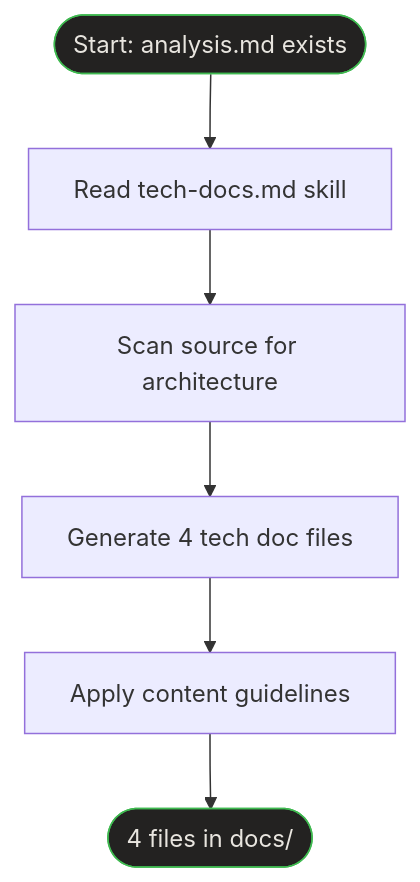
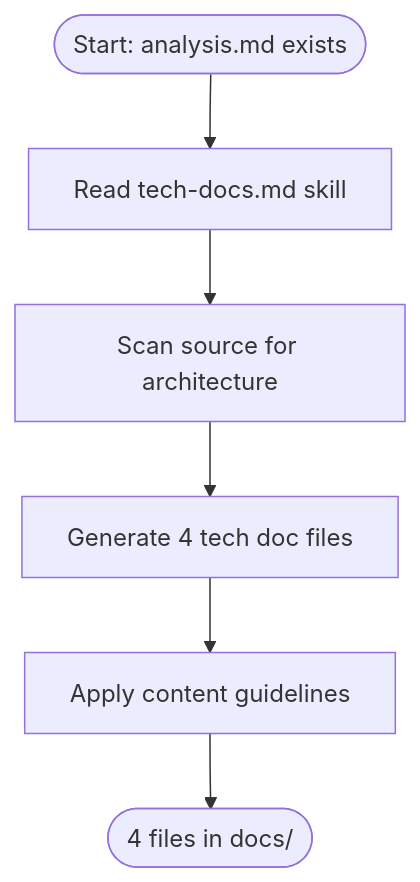
Before and after one commit to relukdev/doc-kit: the diagram in astro-site/src/content/docs/sop/generating-tech-docs.md, drawn with Mermaid. The commit also changed 48 other files, not shown here.

First line of the commit message:
fix: remove hard-coded Mermaid dark-mode colors, use native themes for light/dark

````diff
--- a/astro-site/src/content/docs/sop/generating-tech-docs.md
+++ b/astro-site/src/content/docs/sop/generating-tech-docs.md
@@ -36,14 +36,12 @@
 ```mermaid
 graph TB
-    style S fill:#232221,stroke:#3fb950,color:#E8E5DF
-    style E fill:#232221,stroke:#3fb950,color:#E8E5DF
 
     S(["Start: analysis.md exists"])
     A["Read tech-docs.md skill"]
     B["Scan source for architecture"]
     C["Generate 4 tech doc files"]
     D["Apply content guidelines"]
     E(["4 files in docs/"])
 
     S --> A --> B --> C --> D --> E
 ```
````
